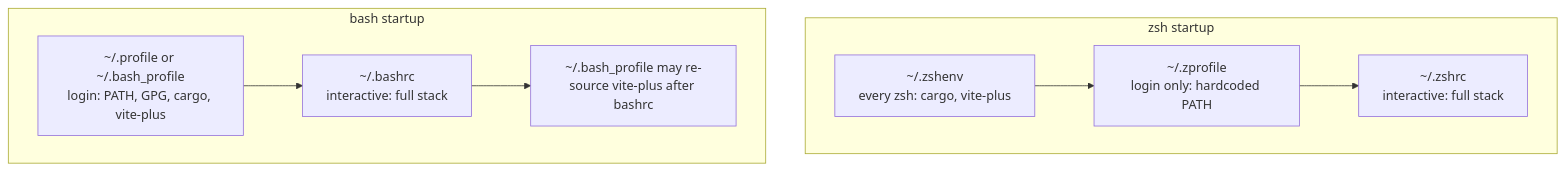
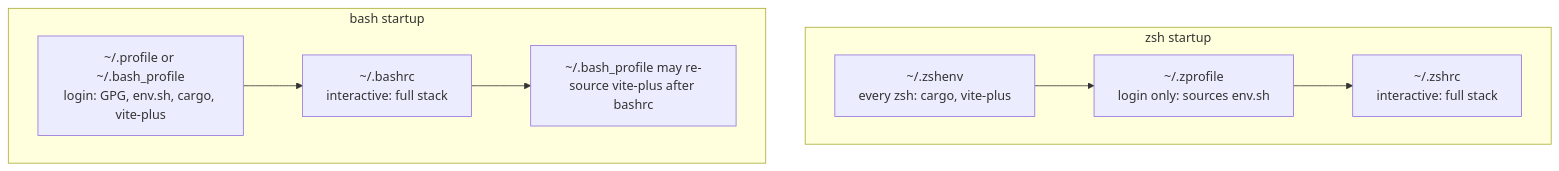
Before and after one commit to p10ns11y/shellyxz.sh: the fifth of 11 diagrams in shell.md, drawn with Mermaid. The commit also changed other lines of this file and 6 other files, not shown here.

````diff
--- a/shell.md
+++ b/shell.md
@@ -113,17 +222,17 @@
 ```mermaid
 flowchart TD
     subgraph zsh_stack["zsh startup"]
         Z1["~/.zshenv<br/>every zsh: cargo, vite-plus"]
-        Z2["~/.zprofile<br/>login only: hardcoded PATH"]
+        Z2["~/.zprofile<br/>login only: sources env.sh"]
         Z3["~/.zshrc<br/>interactive: full stack"]
         Z1 --> Z2 --> Z3
     end
 
     subgraph bash_stack["bash startup"]
-        B1["~/.profile or ~/.bash_profile<br/>login: PATH, GPG, cargo, vite-plus"]
+        B1["~/.profile or ~/.bash_profile<br/>login: GPG, env.sh, cargo, vite-plus"]
         B2["~/.bashrc<br/>interactive: full stack"]
         B1 --> B2
         B3["~/.bash_profile may re-source vite-plus after bashrc"]
         B2 --> B3
     end
 ```
````
